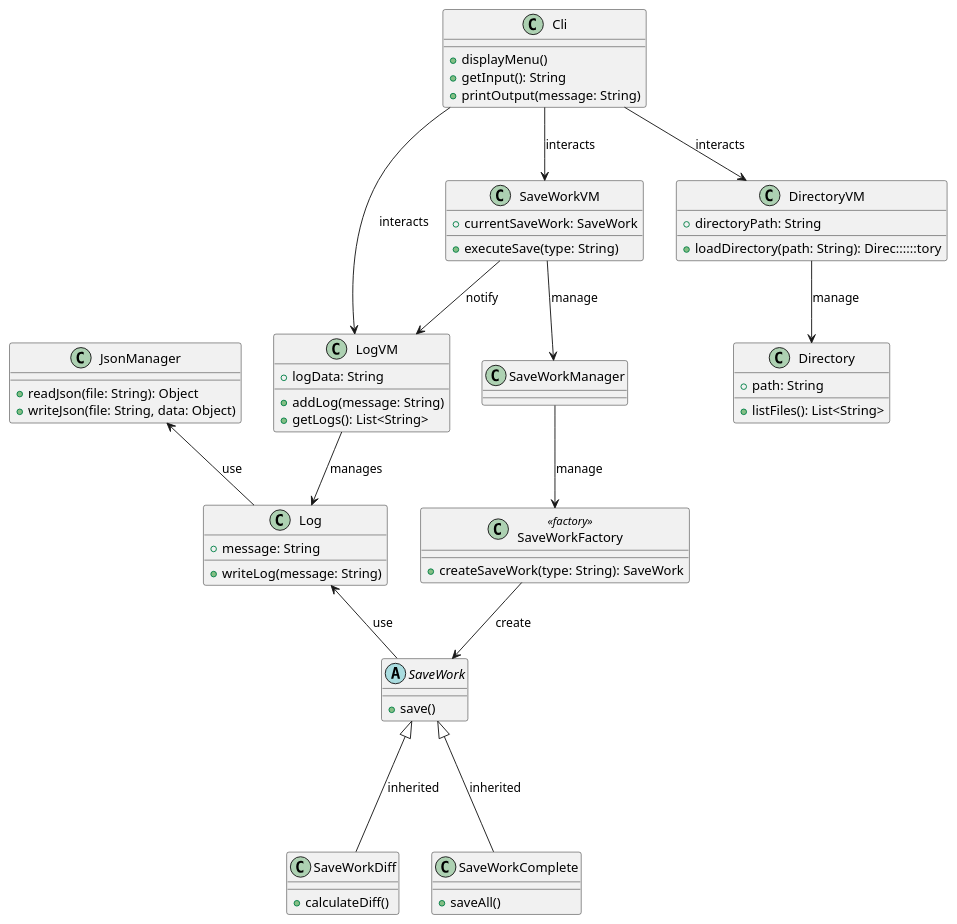
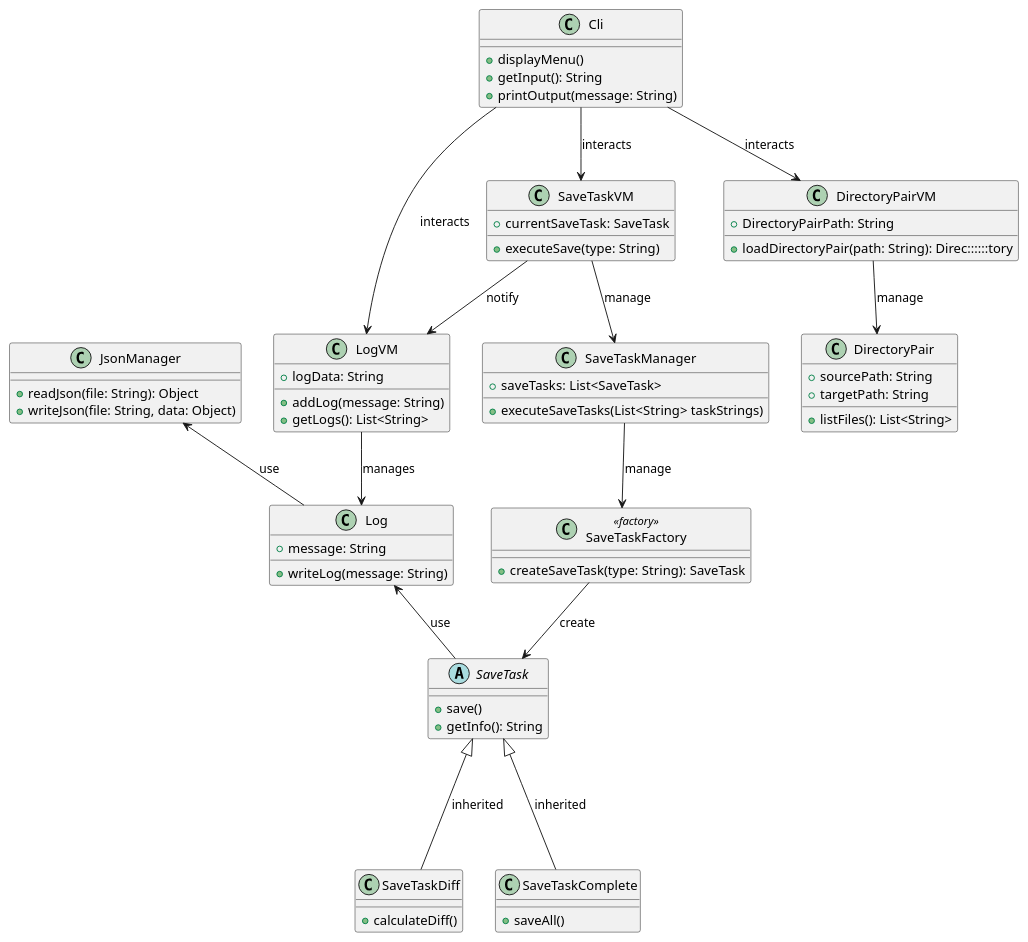
The diagram in livrable_1.puml (NoahAldahan/FISA_A3_GL_Aldahan), drawn with PlantUML before and after one commit. The commit also changed 4 other files, not shown here.

Commit message:
feat (logic) : Added SaveTask functionalities (differential and complete) and a skeleton for DirectoryPair class

```diff
--- a/livrable_1.puml
+++ b/livrable_1.puml
@@ -1,78 +1,83 @@
 @startuml
 /' Model '/
-class SaveWorkFactory <<factory>> {
-    +createSaveWork(type: String): SaveWork
+class SaveTaskFactory <<factory>> {
+    +createSaveTask(type: String): SaveTask
 }
 
-abstract class SaveWork {
+abstract class SaveTask {
     +save()
+    +getInfo(): String
 }
 
-class SaveWorkDiff {
+class SaveTaskDiff {
     +calculateDiff()
 }
 
-class SaveWorkComplete {
+class SaveTaskComplete {
     +saveAll()
 }
 
-class Directory {
-    +path: String
+class DirectoryPair {
+    +sourcePath: String
+    +targetPath: String
     +listFiles(): List<String>
 }
 
-class SaveWorkManager{}
+class SaveTaskManager{
+    +saveTasks: List<SaveTask>
+    +executeSaveTasks(List<String> taskStrings)
+}
 
 class Log {
     +message: String
     +writeLog(message: String)
 }
 
 class JsonManager {
     +readJson(file: String): Object
     +writeJson(file: String, data: Object)
 }
 
 /' ViewModel '/
 class LogVM {
     +logData: String
     +addLog(message: String)
     +getLogs(): List<String>
 }
 
-class SaveWorkVM {
-    +currentSaveWork: SaveWork
+class SaveTaskVM {
+    +currentSaveTask: SaveTask
     +executeSave(type: String)
 }
 
-class DirectoryVM {
-    +directoryPath: String
-    +loadDirectory(path: String): Direc::::::tory
+class DirectoryPairVM {
+    +DirectoryPairPath: String
+    +loadDirectoryPair(path: String): Direc::::::tory
 }
 
 /' View '/
 class Cli {
     +displayMenu()
     +getInput(): String
     +printOutput(message: String)
 }
 
 /' Relations '/
-SaveWorkFactory --> SaveWork : "create"
-SaveWork <|--- SaveWorkDiff : "inherited"
-SaveWork <|--- SaveWorkComplete : "inherited"
+SaveTaskFactory --> SaveTask : "create"
+SaveTask <|--- SaveTaskDiff : "inherited"
+SaveTask <|--- SaveTaskComplete : "inherited"
 
-Log <-- SaveWork : "use"
+Log <-- SaveTask : "use"
 JsonManager <-- Log : "use"
 
-SaveWorkVM --> SaveWorkManager : "manage"
-SaveWorkManager --> SaveWorkFactory : "manage"
-SaveWorkVM --> LogVM : "notify"
-DirectoryVM --> Directory : "manage"
+SaveTaskVM --> SaveTaskManager : "manage"
+SaveTaskManager --> SaveTaskFactory : "manage"
+SaveTaskVM --> LogVM : "notify"
+DirectoryPairVM --> DirectoryPair : "manage"
 
 LogVM --> Log : "manages"
 
-Cli --> SaveWorkVM : "interacts"
+Cli --> SaveTaskVM : "interacts"
 Cli --> LogVM : "interacts"
-Cli --> DirectoryVM : "interacts"
+Cli --> DirectoryPairVM : "interacts"
 @enduml
```
